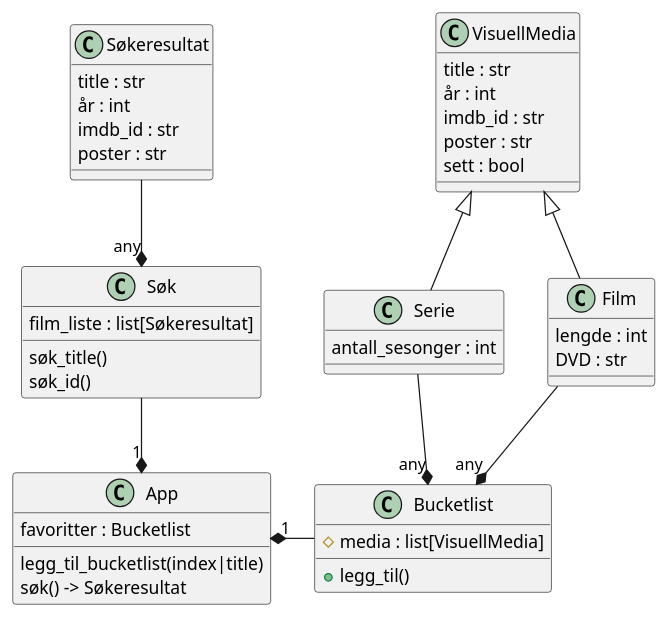
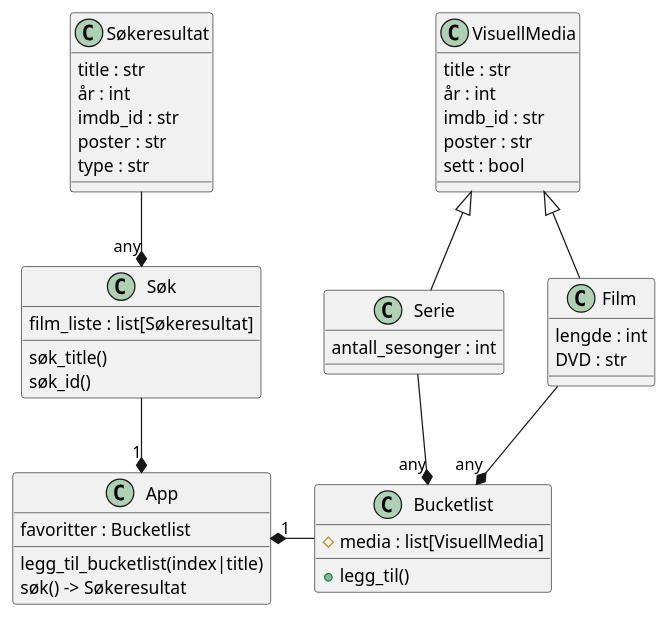
The diagram in IT2 kap 4/Argsflix bucket list/klassediagram.plantuml (ThatG0y/Skole-innleveringer), drawn with PlantUML before and after one commit. The commit also changed 19 other files, not shown here.

```diff
--- a/IT2 kap 4/Argsflix bucket list/klassediagram.plantuml
+++ b/IT2 kap 4/Argsflix bucket list/klassediagram.plantuml
@@ -1,48 +1,49 @@
 @startuml Argsflix
 class App{
     favoritter : Bucketlist
     legg_til_bucketlist(index|title)
     søk() -> Søkeresultat
 }
 class VisuellMedia{
     title : str
     år : int
     imdb_id : str
     poster : str
     sett : bool
 }
 
 class Film{
     lengde : int
     DVD : str
 }
 
 class Serie{
     antall_sesonger : int
 }
 class Bucketlist{
     #media : list[VisuellMedia]
     +legg_til()
 }
 
 class Søkeresultat{
     title : str
     år : int
     imdb_id : str
     poster : str
+    type : str
 }
 
 class Søk{
     film_liste : list[Søkeresultat]
     søk_title()
     søk_id()
 }
 
 VisuellMedia <|-down- Film
 VisuellMedia <|-down- Serie
 Bucketlist "any" *-up- Film
 Bucketlist "any" *-up- Serie
 App "1" *-up- Søk
 Søk "any" *-up- Søkeresultat
 App "1" *-right- Bucketlist
 @enduml
```
